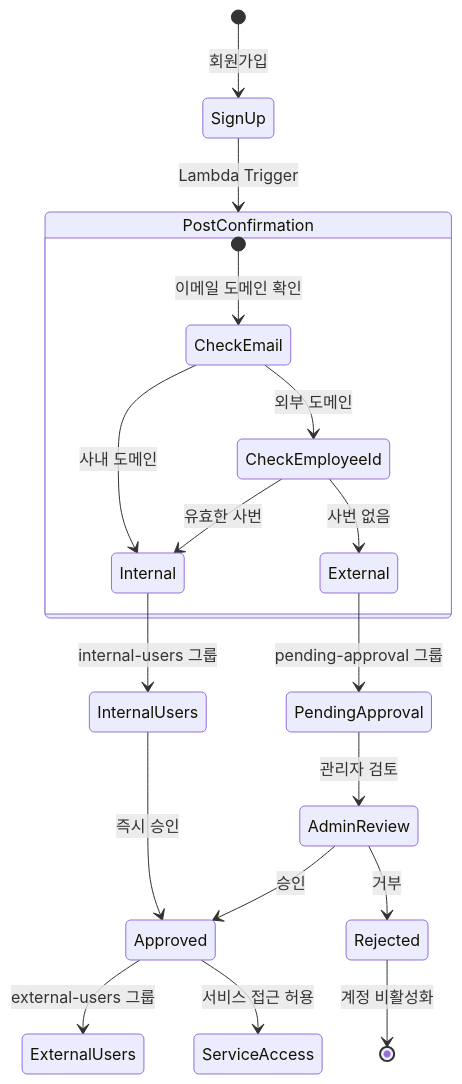
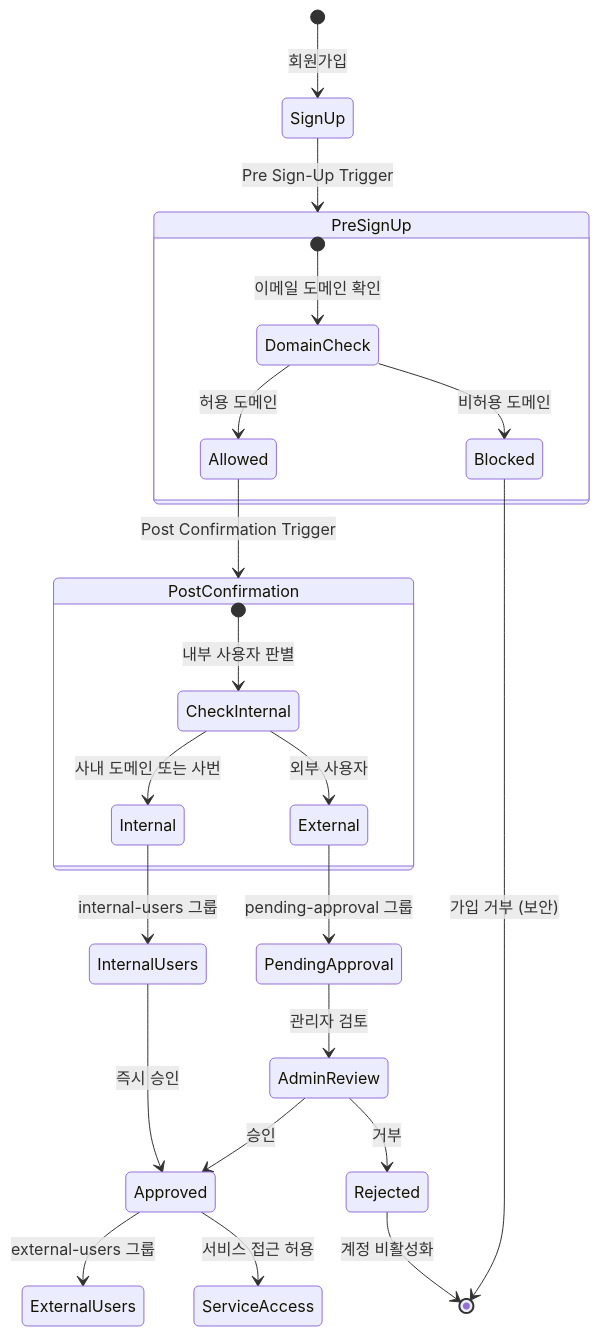
Before and after one commit to heungh/cognito_test: the third of 6 diagrams in README.md, drawn with Mermaid. The commit also changed other lines of this file, not shown here.

````diff
--- a/README.md
+++ b/README.md
@@ -135,28 +145,36 @@
 ```mermaid
 stateDiagram-v2
     [*] --> SignUp: 회원가입
 
-    SignUp --> PostConfirmation: Lambda Trigger
+    SignUp --> PreSignUp: Pre Sign-Up Trigger
+
+    state PreSignUp {
+        [*] --> DomainCheck: 이메일 도메인 확인
+        DomainCheck --> Allowed: 허용 도메인
+        DomainCheck --> Blocked: 비허용 도메인
+    }
+
+    Blocked --> [*]: 가입 거부 (보안)
+
+    Allowed --> PostConfirmation: Post Confirmation Trigger
 
     state PostConfirmation {
-        [*] --> CheckEmail: 이메일 도메인 확인
-        CheckEmail --> Internal: 사내 도메인
-        CheckEmail --> CheckEmployeeId: 외부 도메인
-        CheckEmployeeId --> Internal: 유효한 사번
-        CheckEmployeeId --> External: 사번 없음
+        [*] --> CheckInternal: 내부 사용자 판별
+        CheckInternal --> Internal: 사내 도메인 또는 사번
+        CheckInternal --> External: 외부 사용자
     }
 
     Internal --> InternalUsers: internal-users 그룹
     External --> PendingApproval: pending-approval 그룹
 
     InternalUsers --> Approved: 즉시 승인
     PendingApproval --> AdminReview: 관리자 검토
 
     AdminReview --> Approved: 승인
     AdminReview --> Rejected: 거부
 
     Approved --> ExternalUsers: external-users 그룹
     Approved --> ServiceAccess: 서비스 접근 허용
 
     Rejected --> [*]: 계정 비활성화
 ```
````
